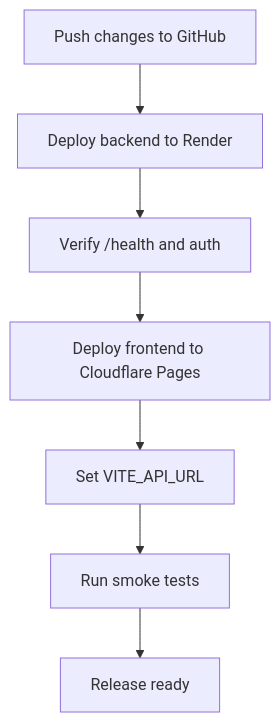
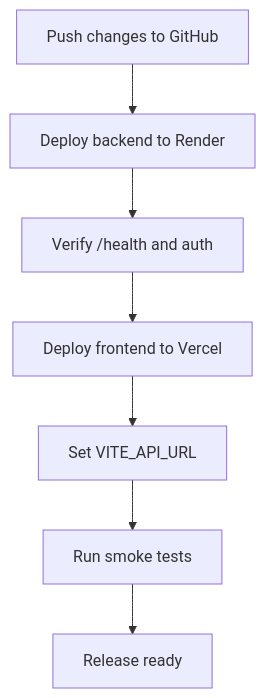
One commit to gunjitdhakar15/devledger changed the tenth of 10 diagrams in docs/product/workflows.md. Above: the diagram before and after it, drawn with Mermaid. The commit also changed 310 other files, not shown here.

````diff
--- a/docs/product/workflows.md
+++ b/docs/product/workflows.md
@@ -141,9 +141,9 @@
 ```mermaid
 flowchart TD
     A["Push changes to GitHub"] --> B["Deploy backend to Render"]
     B --> C["Verify /health and auth"]
-    C --> D["Deploy frontend to Cloudflare Pages"]
+    C --> D["Deploy frontend to Vercel"]
     D --> E["Set VITE_API_URL"]
     E --> F["Run smoke tests"]
     F --> G["Release ready"]
 ```
````
